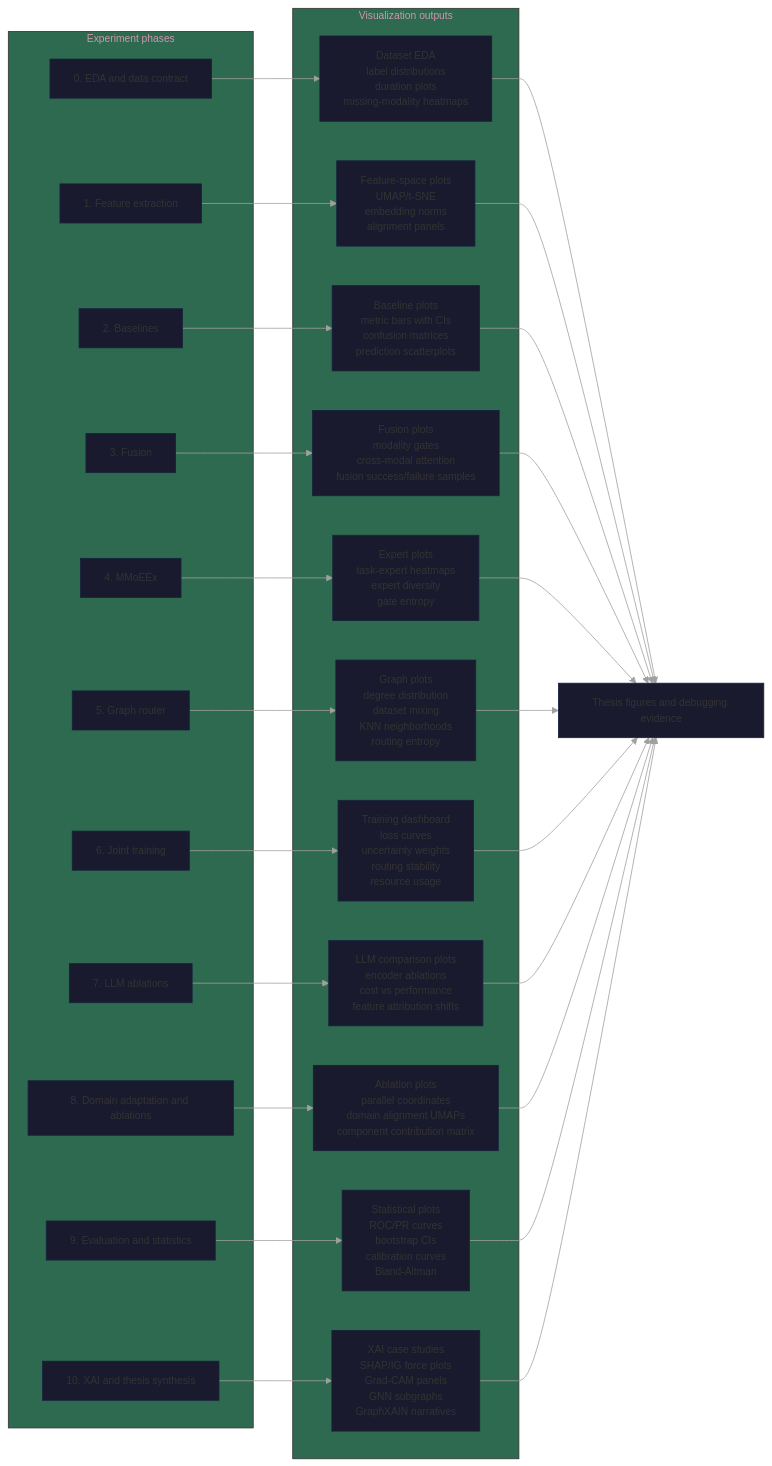
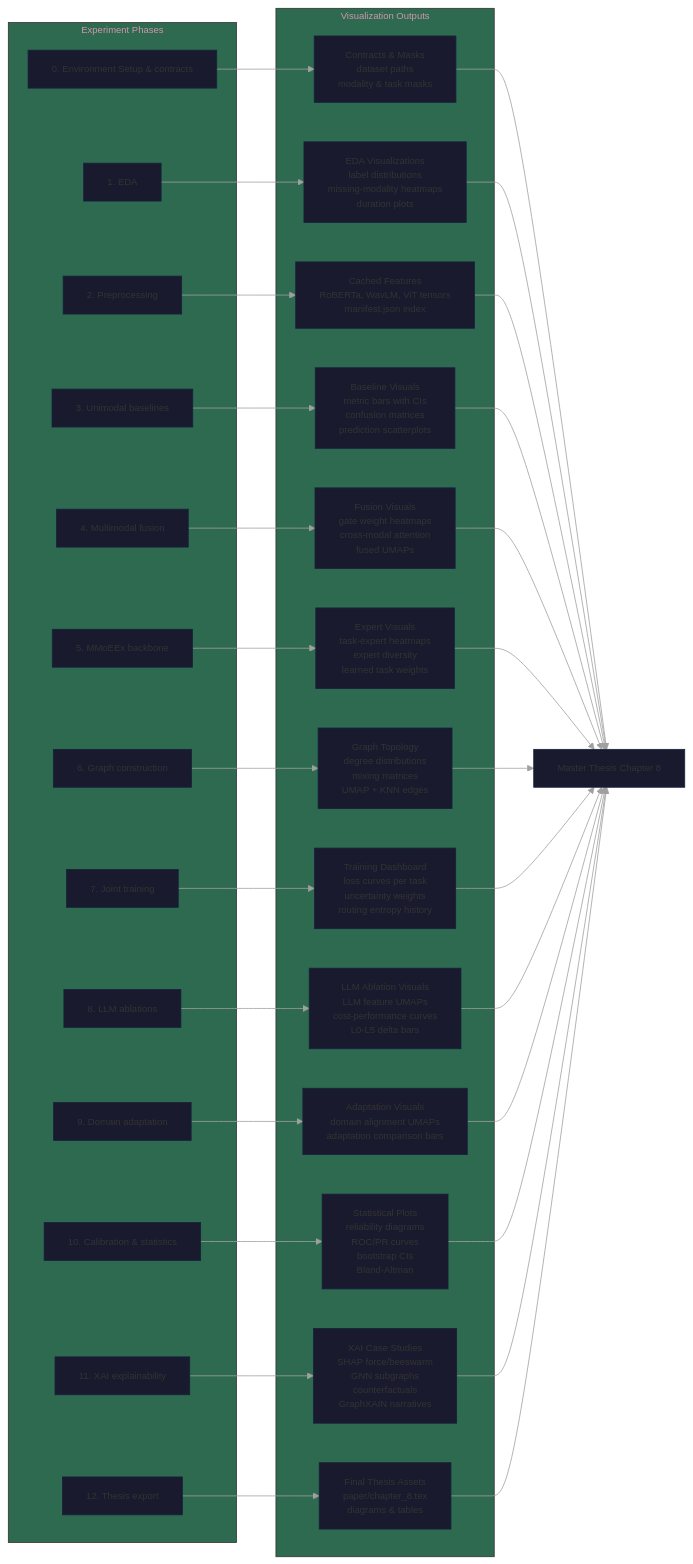
Before and after one commit to an-2018/experiment-5-unified-model: the diagram in paper/diagrams/arch_visualization_map.mmd, drawn with Mermaid. The commit also changed 13 other files, not shown here.

Commit message:
feat: add comprehensive system architecture and analysis diagrams to thesis paper repository

```diff
--- a/paper/diagrams/arch_visualization_map.mmd
+++ b/paper/diagrams/arch_visualization_map.mmd
@@ -1,53 +1,49 @@
-%%{init: {'theme': 'base', 'themeVariables': { 'fontSize': '13px', 'primaryColor': '#1a1a2e', 'primaryBorderColor': '#16213e', 'lineColor': '#a0a0a0', 'secondaryColor': '#0f3460', 'tertiaryColor': '#2d6a4f' }} }%%
+%%{init: {'theme': 'base', 'themeVariables': { 'fontSize': '12px', 'primaryColor': '#1a1a2e', 'primaryBorderColor': '#16213e', 'lineColor': '#a0a0a0', 'secondaryColor': '#0f3460', 'tertiaryColor': '#2d6a4f' }} }%%
 flowchart LR
-    subgraph Phases["Experiment phases"]
-        V0["0. EDA and data contract"]
-        V1["1. Feature extraction"]
-        V2["2. Baselines"]
-        V3["3. Fusion"]
-        V4["4. MMoEEx"]
-        V5["5. Graph router"]
-        V6["6. Joint training"]
-        V7["7. LLM ablations"]
-        V8["8. Domain adaptation and ablations"]
-        V9["9. Evaluation and statistics"]
-        V10["10. XAI and thesis synthesis"]
+    subgraph Phases["Experiment Phases"]
+        V0["0. Environment Setup & contracts"]
+        V1["1. EDA"]
+        V2["2. Preprocessing"]
+        V3["3. Unimodal baselines"]
+        V4["4. Multimodal fusion"]
+        V5["5. MMoEEx backbone"]
+        V6["6. Graph construction"]
+        V7["7. Joint training"]
+        V8["8. LLM ablations"]
+        V9["9. Domain adaptation"]
+        V10["10. Calibration & statistics"]
+        V11["11. XAI explainability"]
+        V12["12. Thesis export"]
     end
 
-    subgraph Visuals["Visualization outputs"]
-        O0["Dataset EDA<br/>label distributions<br/>duration plots<br/>missing-modality heatmaps"]
-        O1["Feature-space plots<br/>UMAP/t-SNE<br/>embedding norms<br/>alignment panels"]
-        O2["Baseline plots<br/>metric bars with CIs<br/>confusion matrices<br/>prediction scatterplots"]
-        O3["Fusion plots<br/>modality gates<br/>cross-modal attention<br/>fusion success/failure samples"]
-        O4["Expert plots<br/>task-expert heatmaps<br/>expert diversity<br/>gate entropy"]
-        O5["Graph plots<br/>degree distribution<br/>dataset mixing<br/>KNN neighborhoods<br/>routing entropy"]
-        O6["Training dashboard<br/>loss curves<br/>uncertainty weights<br/>routing stability<br/>resource usage"]
-        O7["LLM comparison plots<br/>encoder ablations<br/>cost vs performance<br/>feature attribution shifts"]
-        O8["Ablation plots<br/>parallel coordinates<br/>domain alignment UMAPs<br/>component contribution matrix"]
-        O9["Statistical plots<br/>ROC/PR curves<br/>bootstrap CIs<br/>calibration curves<br/>Bland-Altman"]
-        O10["XAI case studies<br/>SHAP/IG force plots<br/>Grad-CAM panels<br/>GNN subgraphs<br/>GraphXAIN narratives"]
+    subgraph Visuals["Visualization Outputs"]
+        O0["Contracts & Masks<br/>dataset paths<br/>modality & task masks"]
+        O1["EDA Visualizations<br/>label distributions<br/>missing-modality heatmaps<br/>duration plots"]
+        O2["Cached Features<br/>RoBERTa, WavLM, ViT tensors<br/>manifest.json index"]
+        O3["Baseline Visuals<br/>metric bars with CIs<br/>confusion matrices<br/>prediction scatterplots"]
+        O4["Fusion Visuals<br/>gate weight heatmaps<br/>cross-modal attention<br/>fused UMAPs"]
+        O5["Expert Visuals<br/>task-expert heatmaps<br/>expert diversity<br/>learned task weights"]
+        O6["Graph Topology<br/>degree distributions<br/>mixing matrices<br/>UMAP + KNN edges"]
+        O7["Training Dashboard<br/>loss curves per task<br/>uncertainty weights<br/>routing entropy history"]
+        O8["LLM Ablation Visuals<br/>LLM feature UMAPs<br/>cost-performance curves<br/>L0-L5 delta bars"]
+        O9["Adaptation Visuals<br/>domain alignment UMAPs<br/>adaptation comparison bars"]
+        O10["Statistical Plots<br/>reliability diagrams<br/>ROC/PR curves<br/>bootstrap CIs<br/>Bland-Altman"]
+        O11["XAI Case Studies<br/>SHAP force/beeswarm<br/>GNN subgraphs<br/>counterfactuals<br/>GraphXAIN narratives"]
+        O12["Final Thesis Assets<br/>paper/chapter_8.tex<br/>diagrams & tables"]
     end
 
     V0 --> O0
     V1 --> O1
     V2 --> O2
     V3 --> O3
     V4 --> O4
     V5 --> O5
     V6 --> O6
     V7 --> O7
     V8 --> O8
     V9 --> O9
     V10 --> O10
+    V11 --> O11
+    V12 --> O12
 
-    O0 --> Thesis["Thesis figures and debugging evidence"]
-    O1 --> Thesis
-    O2 --> Thesis
-    O3 --> Thesis
-    O4 --> Thesis
-    O5 --> Thesis
-    O6 --> Thesis
-    O7 --> Thesis
-    O8 --> Thesis
-    O9 --> Thesis
-    O10 --> Thesis
+    O0 & O1 & O2 & O3 & O4 & O5 & O6 & O7 & O8 & O9 & O10 & O11 & O12 --> Thesis["Master Thesis Chapter 8"]
```
